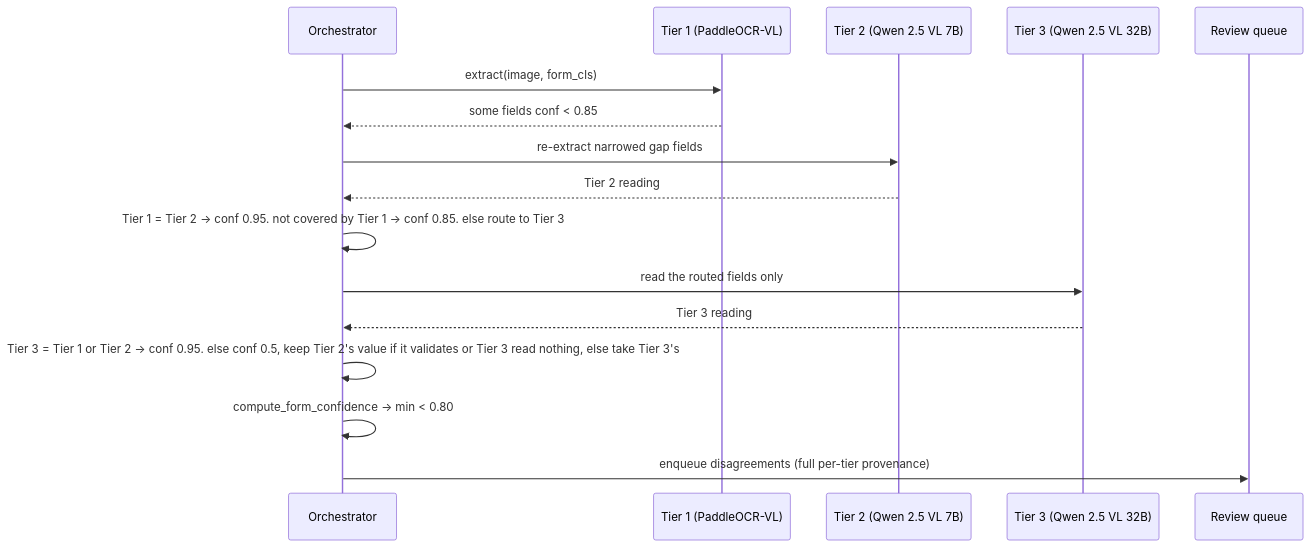
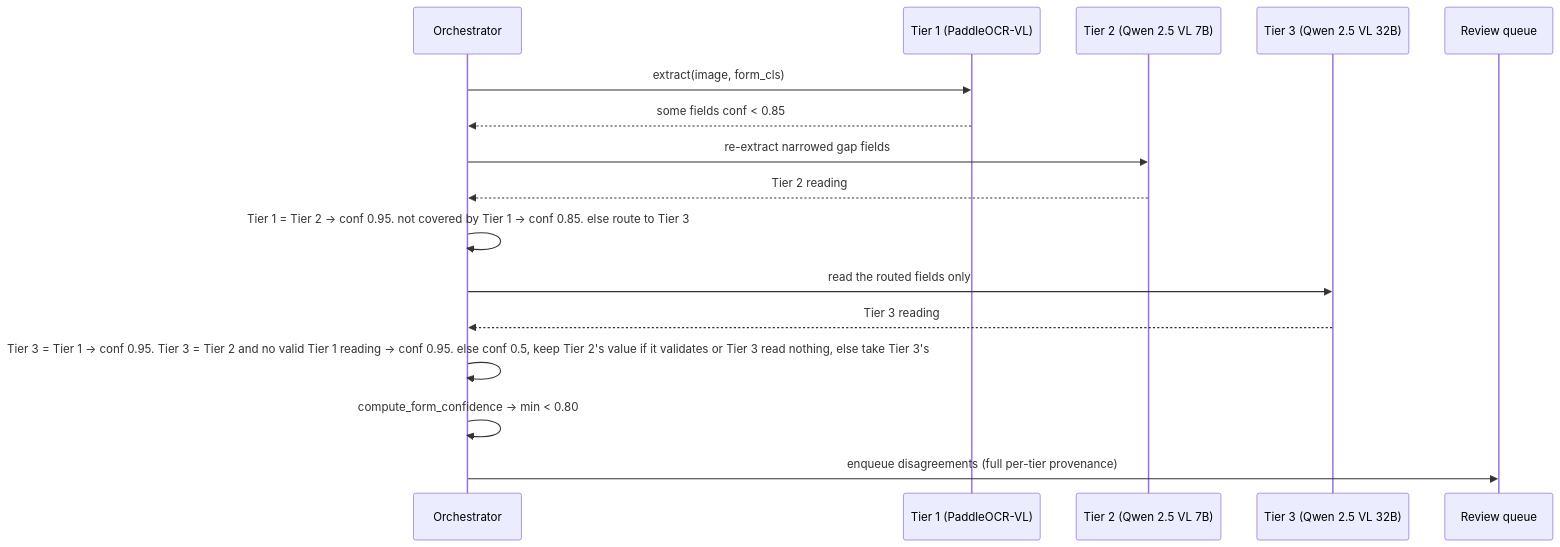
The second of 2 diagrams in docs/architecture-deep-dive.md (marky224/intake-form-ai-pipeline), drawn with Mermaid before and after one commit. The commit also changed other lines of this file and 11 other files, not shown here.

First line of the commit message:
fix(cascade): routing keeps the second read without Tier-1 coverage

````diff
--- a/docs/architecture-deep-dive.md
+++ b/docs/architecture-deep-dive.md
@@ -129,18 +129,18 @@
 ```mermaid
 sequenceDiagram
     participant O as Orchestrator
     participant T1 as Tier 1 (PaddleOCR-VL)
     participant T2 as Tier 2 (Qwen 2.5 VL 7B)
     participant T3 as Tier 3 (Qwen 2.5 VL 32B)
     participant Q as Review queue
     O->>T1: extract(image, form_cls)
     T1-->>O: some fields conf < 0.85
     O->>T2: re-extract narrowed gap fields
     T2-->>O: Tier 2 reading
     O->>O: Tier 1 = Tier 2 -> conf 0.95. not covered by Tier 1 -> conf 0.85. else route to Tier 3
     O->>T3: read the routed fields only
     T3-->>O: Tier 3 reading
-    O->>O: Tier 3 = Tier 1 or Tier 2 -> conf 0.95. else conf 0.5, keep Tier 2's value if it validates or Tier 3 read nothing, else take Tier 3's
+    O->>O: Tier 3 = Tier 1 -> conf 0.95. Tier 3 = Tier 2 and no valid Tier 1 reading -> conf 0.95. else conf 0.5, keep Tier 2's value if it validates or Tier 3 read nothing, else take Tier 3's
     O->>O: compute_form_confidence -> min < 0.80
     O->>Q: enqueue disagreements (full per-tier provenance)
 ```
````
